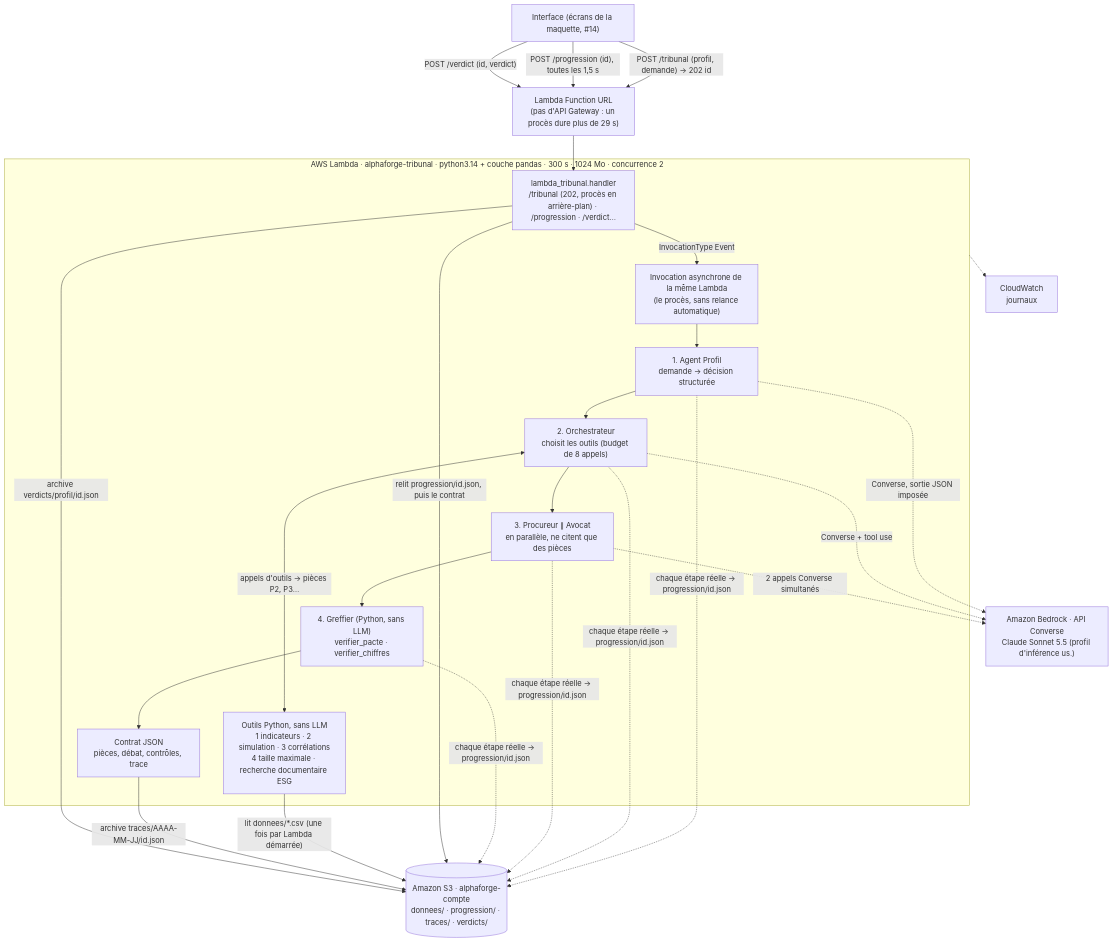
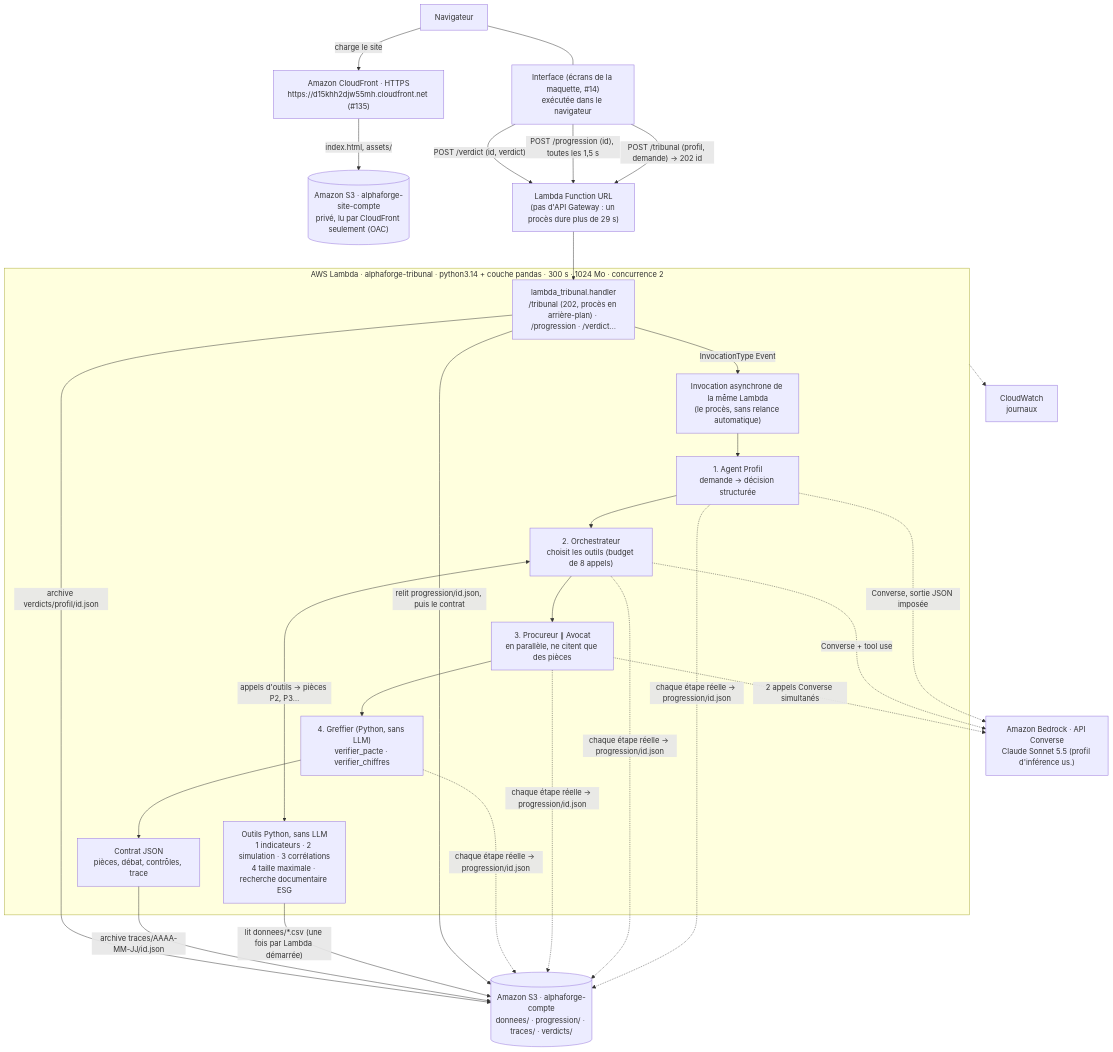
The diagram in docs/architecture.md (yanisbenboudaoud/Astree), drawn with Mermaid before and after one commit. The commit also changed other lines of this file and 7 other files, not shown here.

First line of the commit message:
Héberge l'interface sur S3 privé + CloudFront (#135)

````diff
--- a/docs/architecture.md
+++ b/docs/architecture.md
@@ -5,39 +5,44 @@
 ```mermaid
 flowchart TB
-    UI["Interface (écrans de la maquette, #14)"]
+    NAV["Navigateur"]
+    CF["Amazon CloudFront · HTTPS<br/>https://d15khh2djw55mh.cloudfront.net (#135)"]
+    SITE[("Amazon S3 · alphaforge-site-compte<br/>privé, lu par CloudFront seulement (OAC)")]
+    UI["Interface (écrans de la maquette, #14)<br/>exécutée dans le navigateur"]
     URL["Lambda Function URL<br/>(pas d'API Gateway : un procès dure plus de 29 s)"]
+    NAV -->|"charge le site"| CF -->|"index.html, assets/"| SITE
+    NAV --- UI
 
     subgraph LAMBDA["AWS Lambda · alphaforge-tribunal · python3.14 + couche pandas · 300 s · 1024 Mo · concurrence 2"]
         H["lambda_tribunal.handler<br/>/tribunal (202, procès en arrière-plan) · /progression · /verdict…"]
         A["Invocation asynchrone de la même Lambda<br/>(le procès, sans relance automatique)"]
         P1["1. Agent Profil<br/>demande → décision structurée"]
         P2["2. Orchestrateur<br/>choisit les outils (budget de 8 appels)"]
         OUT["Outils Python, sans LLM<br/>1 indicateurs · 2 simulation · 3 corrélations<br/>4 taille maximale · recherche documentaire ESG"]
         P3["3. Procureur ∥ Avocat<br/>en parallèle, ne citent que des pièces"]
         P4["4. Greffier (Python, sans LLM)<br/>verifier_pacte · verifier_chiffres"]
         C["Contrat JSON<br/>pièces, débat, contrôles, trace"]
         H -->|"InvocationType Event"| A --> P1 --> P2
         P2 <-->|"appels d'outils → pièces P2, P3…"| OUT
         P2 --> P3 --> P4 --> C
     end
 
     BR["Amazon Bedrock · API Converse<br/>Claude Sonnet 5.5 (profil d'inférence us.)"]
     S3[("Amazon S3 · alphaforge-compte<br/>donnees/ · progression/ · traces/ · verdicts/")]
     CW["CloudWatch<br/>journaux"]
 
     UI -->|"POST /tribunal (profil, demande) → 202 id"| URL
     UI -->|"POST /progression (id), toutes les 1,5 s"| URL
     UI -->|"POST /verdict (id, verdict)"| URL
     URL --> H
     P1 & P2 & P3 & P4 -.->|"chaque étape réelle → progression/id.json"| S3
     H -->|"relit progression/id.json, puis le contrat"| S3
 
     P1 -.->|"Converse, sortie JSON imposée"| BR
     P2 -.->|"Converse + tool use"| BR
     P3 -.->|"2 appels Converse simultanés"| BR
 
     OUT -->|"lit donnees/*.csv (une fois par Lambda démarrée)"| S3
     C -->|"archive traces/AAAA-MM-JJ/id.json"| S3
     H -->|"archive verdicts/profil/id.json"| S3
     LAMBDA -.-> CW
 ```
````
